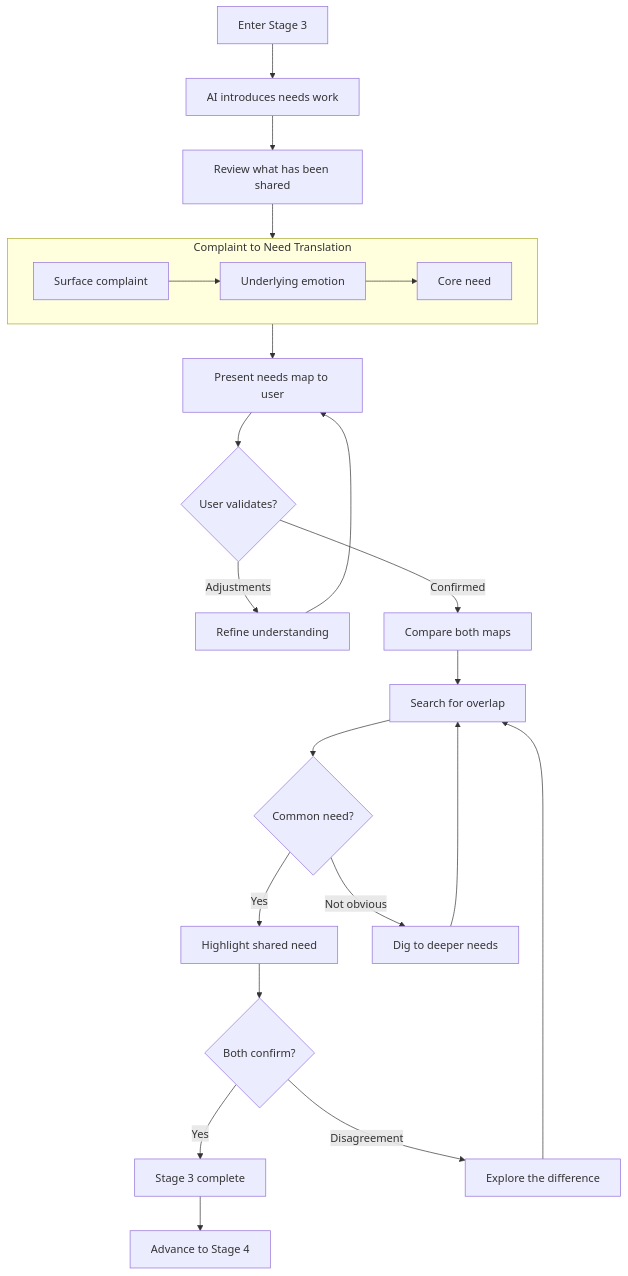
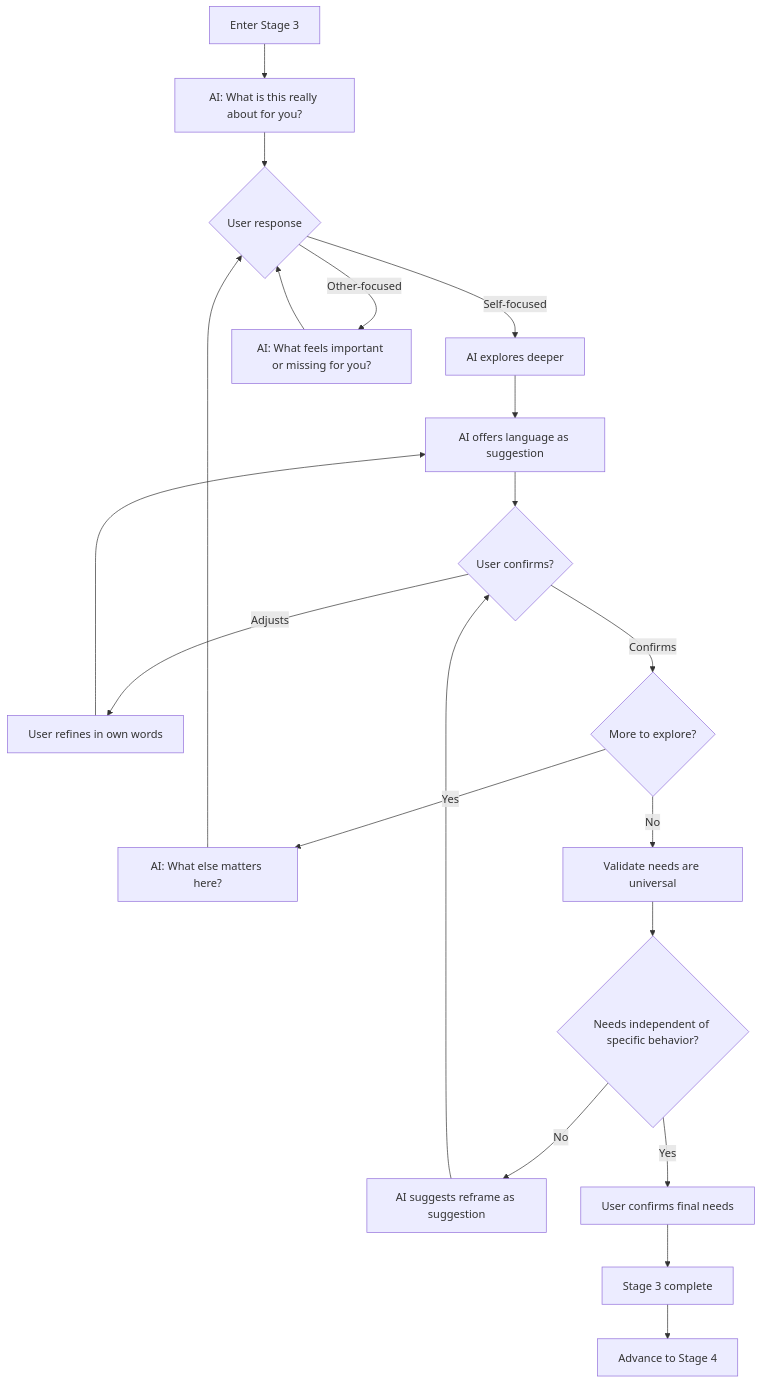
Before and after one commit to shantamg/meet-without-fear: the first of 2 diagrams in docs/product/stages/stage-3-need-mapping.md, drawn with Mermaid. The commit also changed other lines of this file and 21 other files, not shown here.

First line of the commit message:
docs: align stage docs with Darryl's authoritative gold flow

````diff
--- a/docs/product/stages/stage-3-need-mapping.md
+++ b/docs/product/stages/stage-3-need-mapping.md
@@ -32,32 +38,29 @@
 ```mermaid
 flowchart TD
-    Enter[Enter Stage 3] --> Intro[AI introduces needs work]
-    Intro --> Review[Review what has been shared]
+    Enter[Enter Stage 3] --> Open[AI: What is this really about for you?]
 
-    subgraph Translation[Complaint to Need Translation]
-        C1[Surface complaint] --> E1[Underlying emotion]
-        E1 --> N1[Core need]
-    end
+    Open --> Response{User response}
 
-    Review --> Translation
-    Translation --> Present[Present needs map to user]
+    Response -->|Self-focused| Explore[AI explores deeper]
+    Response -->|Other-focused| Redirect[AI: What feels important or missing for you?]
+    Redirect --> Response
 
-    Present --> Validate{User validates?}
-    Validate -->|Adjustments| Refine[Refine understanding]
-    Refine --> Present
-    Validate -->|Confirmed| Compare[Compare both maps]
+    Explore --> Suggest[AI offers language as suggestion]
+    Suggest --> Check{User confirms?}
 
-    Compare --> Search[Search for overlap]
-    Search --> Found{Common need?}
+    Check -->|Adjusts| Refine[User refines in own words]
+    Refine --> Suggest
+    Check -->|Confirms| Deeper{More to explore?}
 
-    Found -->|Yes| Highlight[Highlight shared need]
-    Found -->|Not obvious| Deeper[Dig to deeper needs]
-    Deeper --> Search
+    Deeper -->|Yes| Open2[AI: What else matters here?]
+    Open2 --> Response
+    Deeper -->|No| Validate[Validate needs are universal]
 
-    Highlight --> Confirm{Both confirm?}
-    Confirm -->|Yes| Complete[Stage 3 complete]
-    Confirm -->|Disagreement| Explore[Explore the difference]
-    Explore --> Search
+    Validate --> Independent{Needs independent of specific behavior?}
+    Independent -->|No| Reframe[AI suggests reframe as suggestion]
+    Reframe --> Check
+    Independent -->|Yes| Confirm[User confirms final needs]
 
+    Confirm --> Complete[Stage 3 complete]
     Complete --> Advance[Advance to Stage 4]
 ```
````
